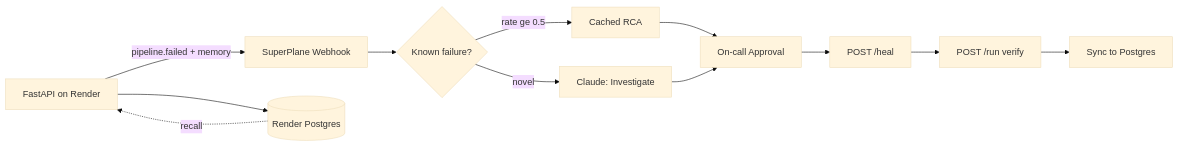
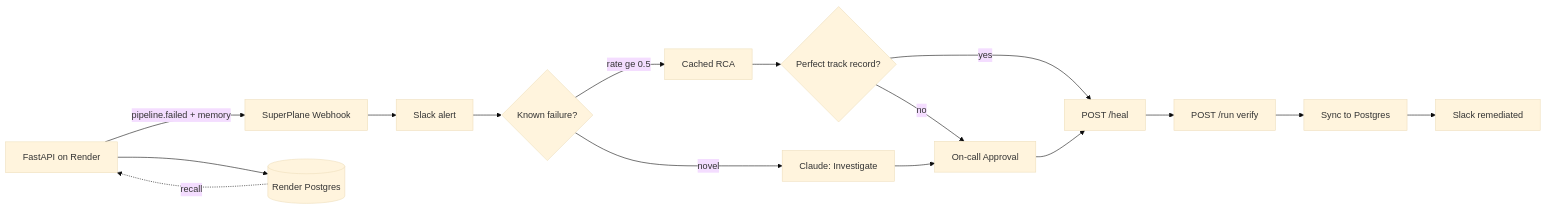
Before and after one commit to madhukoseke/de-guardian: the diagram in README.md, drawn with Mermaid (base theme). The commit also changed other lines of this file, not shown here.

First line of the commit message:
Update README with Slack flow, fixtures table, and API_KEY examples.

````diff
--- a/README.md
+++ b/README.md
@@ -29,14 +29,18 @@
 ```mermaid
 flowchart LR
   Demo[FastAPI on Render] -->|pipeline.failed + memory| Webhook[SuperPlane Webhook]
-  Webhook --> If{Known failure?}
+  Webhook --> SlackAlert[Slack alert]
+  SlackAlert --> If{Known failure?}
   If -->|rate ge 0.5| FastPath[Cached RCA]
   If -->|novel| Claude[Claude: Investigate]
-  FastPath --> Approval[On-call Approval]
+  FastPath --> AutoHeal{Perfect track record?}
+  AutoHeal -->|yes| Heal[POST /heal]
+  AutoHeal -->|no| Approval[On-call Approval]
   Claude --> Approval
-  Approval --> Heal[POST /heal]
+  Approval --> Heal
   Heal --> Verify[POST /run verify]
   Verify --> Sync[Sync to Postgres]
+  Sync --> SlackDone[Slack remediated]
   Demo --> PG[(Render Postgres)]
   PG -.recall.-> Demo
 ```
````
